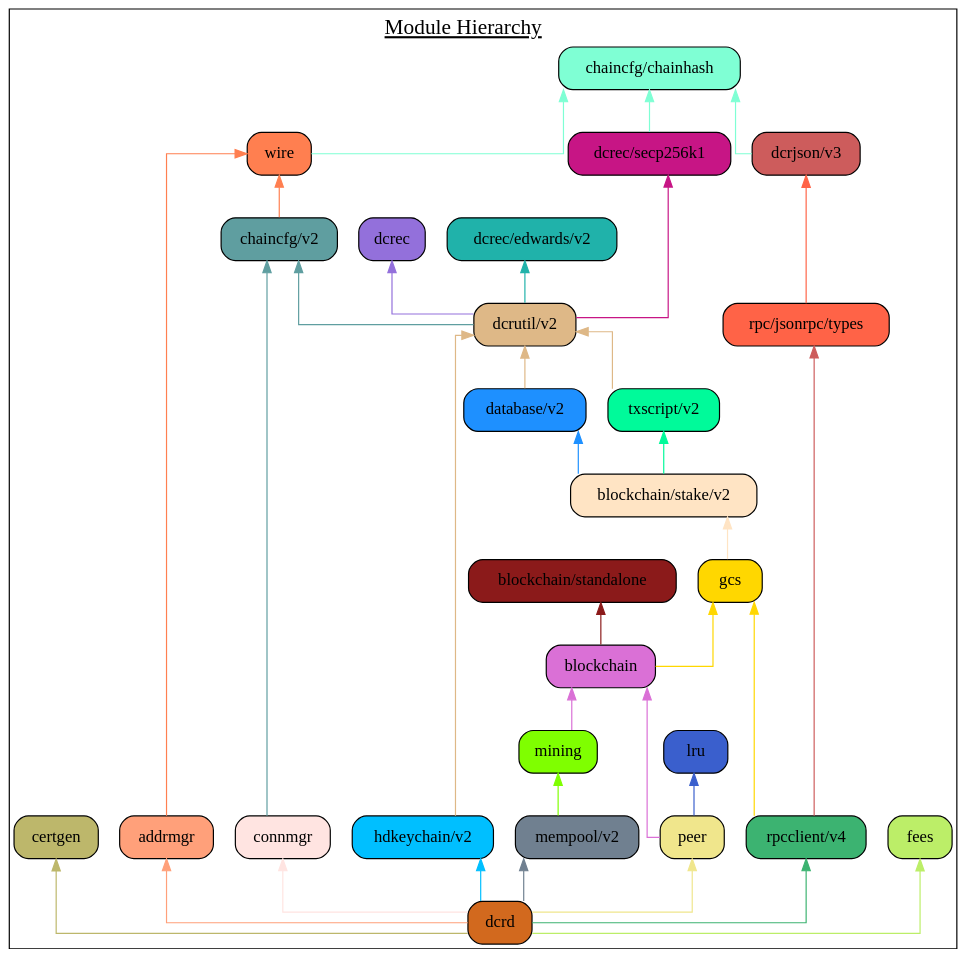
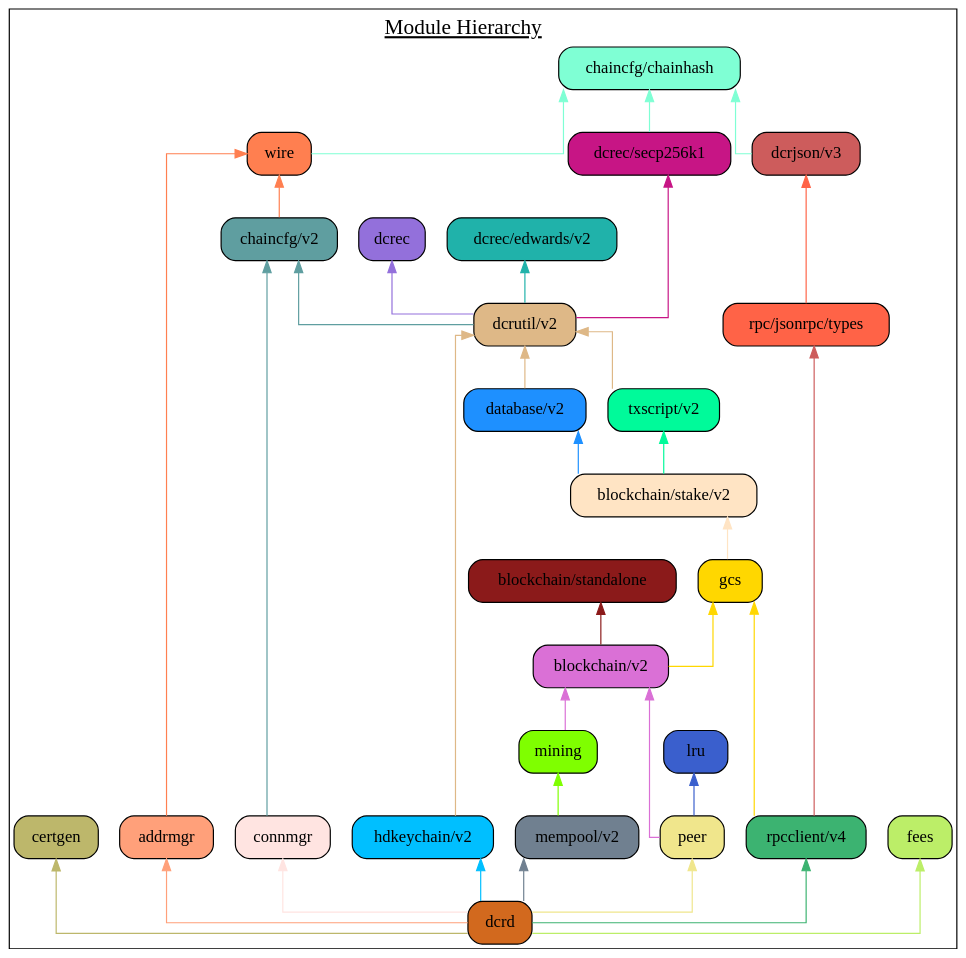
One commit to decred/dcrd changed the diagram in docs/assets/module_hierarchy.gv. Above: the diagram before and after it, drawn with Graphviz. The commit also changed 2 other files, not shown here.

Commit message:
docs: Update for blockchain v2 module.

```diff
--- a/docs/assets/module_hierarchy.gv
+++ b/docs/assets/module_hierarchy.gv
@@ -1,69 +1,69 @@
 digraph {
 	graph [splines=ortho colorscheme=svg label=<<u>Module Hierarchy</u>> labelloc=t fontsize=18.0]
 	node [shape=box style="filled, rounded"]
 
 	certgen [label="certgen" fillcolor=darkkhaki]
 	chainhash [label="chaincfg/chainhash" fillcolor=aquamarine]
 	dcrjson [label="dcrjson/v3" fillcolor=indianred]
 	types [label="rpc/jsonrpc/types" fillcolor=tomato]
 	wire [label="wire" fillcolor=coral]
 	addrmgr [label="addrmgr" fillcolor=lightsalmon]
 	chaincfg [label="chaincfg/v2" fillcolor=cadetblue]
 	connmgr [label="connmgr" fillcolor=mistyrose]
 	dcrec [label="dcrec" fillcolor=mediumpurple]
 	edwards [label="dcrec/edwards/v2" fillcolor=lightseagreen]
 	secp256k1 [label="dcrec/secp256k1" fillcolor=mediumvioletred]
 	dcrutil [label="dcrutil/v2" fillcolor=burlywood]
 	database [label="database/v2" fillcolor=dodgerblue]
 	hdkeychain [label="hdkeychain/v2" fillcolor=deepskyblue]
 	txscript [label="txscript/v2" fillcolor=mediumspringgreen]
 	stake [label="blockchain/stake/v2" fillcolor=bisque]
 	standalone [label="blockchain/standalone" fillcolor=firebrick4]
 	gcs [label="gcs" fillcolor=gold]
-	blockchain [label="blockchain" fillcolor=orchid]
+	blockchain [label="blockchain/v2" fillcolor=orchid]
 	mempool [label="mempool/v2" fillcolor=slategray]
 	mining [label="mining" fillcolor=chartreuse]
 	lru  [label="lru" fillcolor=royalblue3]
 	peer [label="peer" fillcolor=khaki]
 	rpcclient [label="rpcclient/v4" fillcolor=mediumseagreen]
 	fees [label="fees" fillcolor=darkolivegreen2]
 	dcrd [label="dcrd" fillcolor=chocolate]
 
 	{rank=same connmgr addrmgr hdkeychain peer rpcclient mempool}
 
 	certgen
 	chainhash -> dcrjson [dir=back color=aquamarine]
 	chainhash -> wire [dir=back color=aquamarine]
 	wire -> addrmgr [dir=back color=coral]
 	wire -> chaincfg [dir=back color=coral]
 	chaincfg -> connmgr [dir=back color=cadetblue]
 	chainhash -> secp256k1 [dir=back color=aquamarine]
 	chaincfg -> dcrutil [dir=back color=cadetblue]
 	dcrec -> dcrutil [dir=back color=mediumpurple]
 	edwards ->  dcrutil [dir=back color=lightseagreen]
 	secp256k1 ->  dcrutil [dir=back color=mediumvioletred]
 	dcrutil -> database [dir=back color=burlywood]
 	dcrutil -> hdkeychain [dir=back color=burlywood]
 	dcrutil -> txscript [dir=back color=burlywood]
 	database ->  stake [dir=back color=dodgerblue]
 	txscript -> stake [dir=back color=mediumspringgreen]
 	stake -> gcs [dir=back color=bisque]
 	standalone -> blockchain [dir=back color=firebrick4]
 	gcs -> blockchain [dir=back color=gold]
 	gcs -> rpcclient [dir=back color=gold]
 	blockchain -> mining [dir=back color=orchid]
 	mining -> mempool [dir=back color=chartreuse]
 	lru -> peer [dir=back color=royalblue3]
 	blockchain -> peer [dir=back color=orchid]
 	dcrjson -> types [dir=back color=tomato]
 	types -> rpcclient [dir=back color=indianred]
 
 	fees -> dcrd [dir=back color=darkolivegreen2]
 	mempool -> dcrd [dir=back color=slategray]
 	certgen -> dcrd [dir=back color=darkkhaki]
 	addrmgr -> dcrd [dir=back color=lightsalmon]
 	hdkeychain -> dcrd [dir=back color=deepskyblue]
 	connmgr -> dcrd [dir=back color=mistyrose]
 	rpcclient -> dcrd [dir=back color=mediumseagreen]
 	peer -> dcrd [dir=back color=khaki]
 }
```
